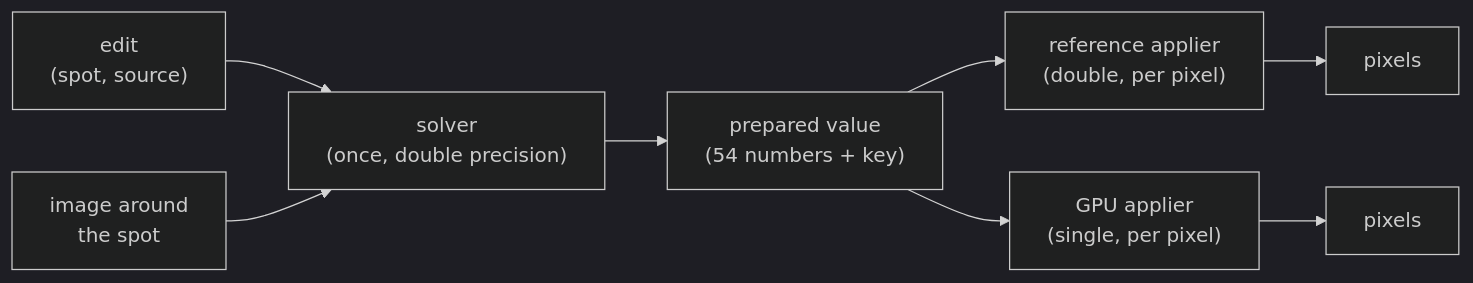
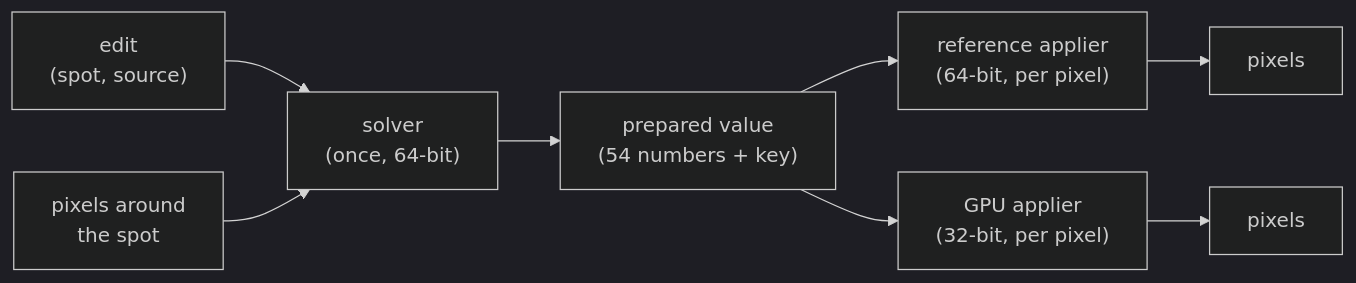
Before and after one commit to wesen/chromobench: the diagram in docs/patterns/modular/05-solve-once-apply-many.md, drawn with Mermaid (dark theme). The commit also changed other lines of this file and 2 other files, not shown here.

````diff
--- a/docs/patterns/modular/05-solve-once-apply-many.md
+++ b/docs/patterns/modular/05-solve-once-apply-many.md
@@ -112,10 +106,10 @@
 ```mermaid
 flowchart LR
-  E["edit<br/>(spot, source)"] --> S["solver<br/>(once, double precision)"]
-  I["image around<br/>the spot"] --> S
+  E["edit<br/>(spot, source)"] --> S["solver<br/>(once, 64-bit)"]
+  I["pixels around<br/>the spot"] --> S
   S --> P["prepared value<br/>(54 numbers + key)"]
-  P --> R["reference applier<br/>(double, per pixel)"]
-  P --> G["GPU applier<br/>(single, per pixel)"]
+  P --> R["reference applier<br/>(64-bit, per pixel)"]
+  P --> G["GPU applier<br/>(32-bit, per pixel)"]
   R --> O1["pixels"]
   G --> O2["pixels"]
 ```
````
